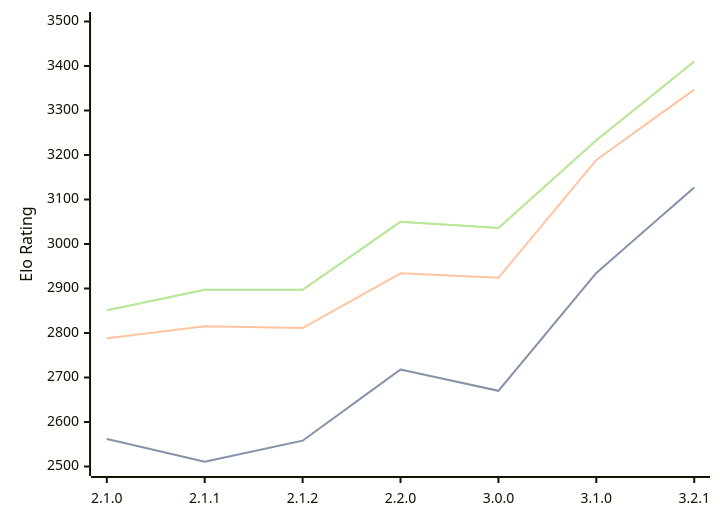
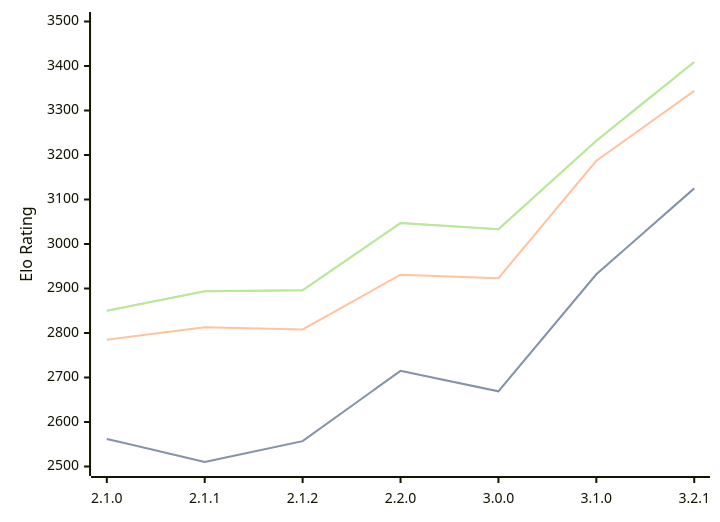
One commit to computer-chess-index/cci changed the diagram in engines/Prune.md. Above: the diagram before and after it, drawn with Mermaid. The commit also changed other lines of this file, not shown here.

Commit message:
Update CCI Ratings (ELO VLTC) - 2026-03-31

````diff
--- a/engines/Prune.md
+++ b/engines/Prune.md
@@ -42,11 +42,11 @@
 ```mermaid
 %%{init: {"theme":"base","themeVariables":{"seriesColors:['#a3a3a3','#222221','#faa371']}}}%%
 xychart-beta
   x-axis ["2.1.0", "2.1.1", "2.1.2", "2.2.0", "3.0.0", "3.1.0", "3.2.1"]
   y-axis "Elo Rating" 2500 --> 3500
-  line "STC (8.0+0.08s)" [2562, 2511, 2558, 2718, 2670, 2935, 3127]
-  line "STC (8.0+0.08s)" [2562, 2511, 2558, 2718, 2670, 2935, 3127]
-  line "LTC (60.0+0.60s)" [2788, 2815, 2811, 2934, 2924, 3189, 3347]
-  line "VLTC (2m24s+1.12s)" [2851, 2897, 2897, 3050, 3036, 3233, 3410]
-  line "VLTC (2m24s+1.12s)" [2851, 2897, 2897, 3050, 3036, 3233, 3410]
+  line "STC (8.0+0.08s)" [2562, 2510, 2557, 2715, 2669, 2932, 3125]
+  line "STC (8.0+0.08s)" [2562, 2510, 2557, 2715, 2669, 2932, 3125]
+  line "LTC (60.0+0.60s)" [2785, 2813, 2808, 2931, 2923, 3187, 3344]
+  line "VLTC (2m24s+1.12s)" [2850, 2894, 2896, 3047, 3033, 3232, 3409]
+  line "VLTC (2m24s+1.12s)" [2850, 2894, 2896, 3047, 3033, 3232, 3409]
 ```
````
